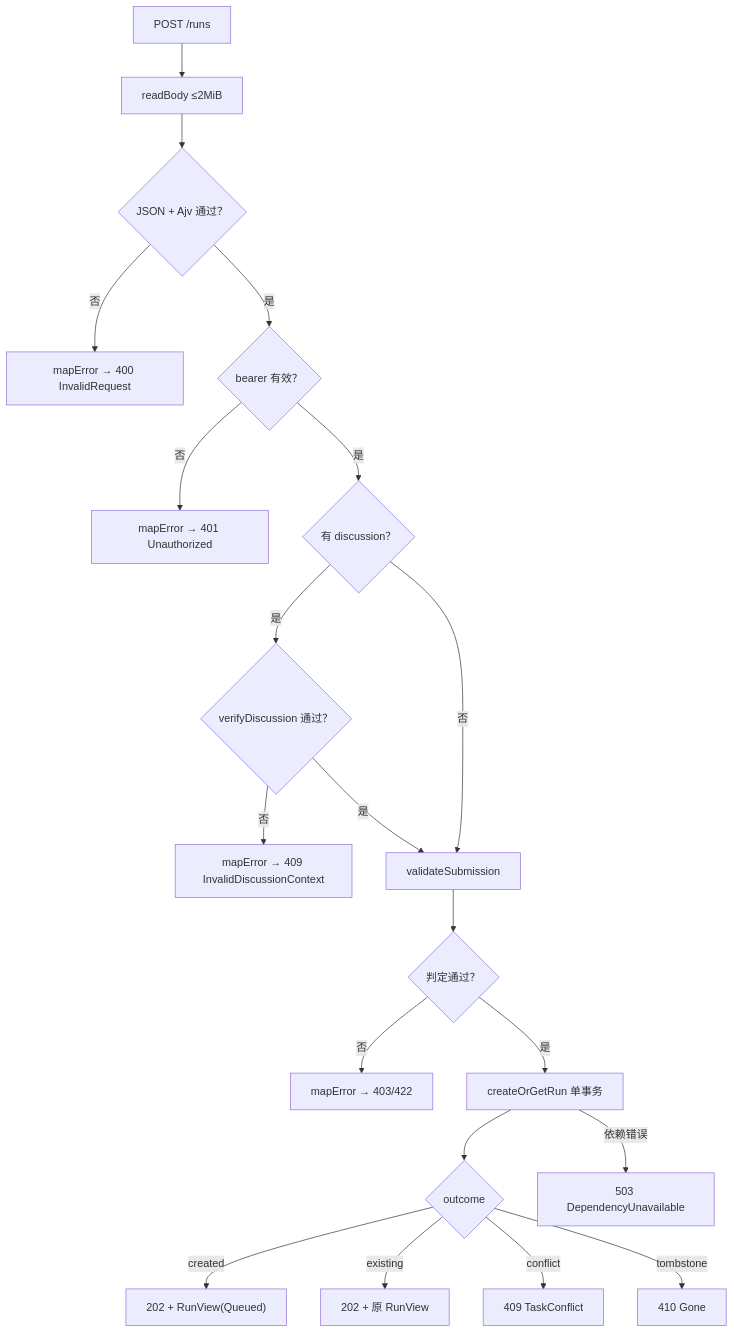
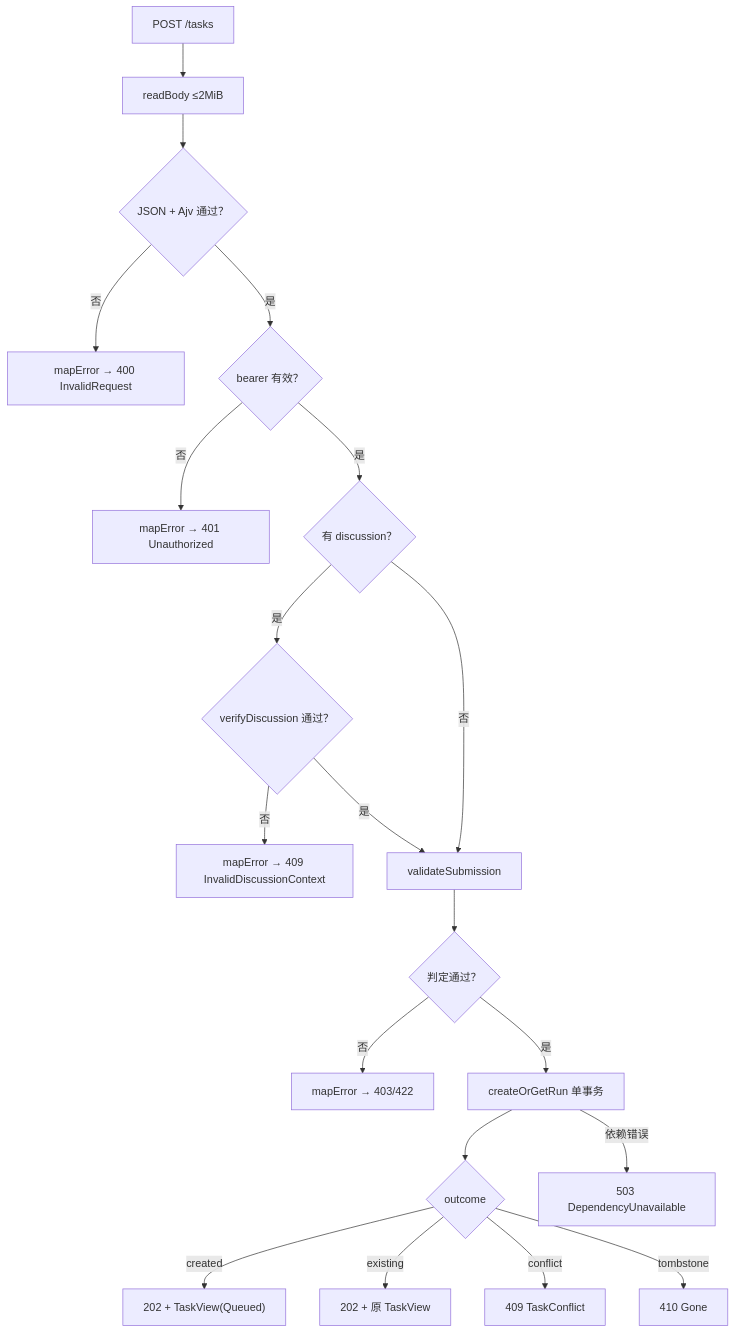
The third of 6 diagrams in docs/40_module_design/piko-task-api-design.md (corezilla/piko), drawn with Mermaid before and after one commit. The commit also changed other lines of this file and 86 other files, not shown here.

````diff
--- a/docs/40_module_design/piko-task-api-design.md
+++ b/docs/40_module_design/piko-task-api-design.md
@@ -456,22 +457,22 @@
 ```mermaid
 flowchart TD
-    A["POST /runs"] --> B["readBody ≤2MiB"]
+    A["POST /tasks"] --> B["readBody ≤2MiB"]
     B --> C{"JSON + Ajv 通过？"}
     C -->|否| E1["mapError → 400 InvalidRequest"]
     C -->|是| D{"bearer 有效？"}
     D -->|否| E2["mapError → 401 Unauthorized"]
     D -->|是| F{"有 discussion？"}
     F -->|是| G{"verifyDiscussion 通过？"}
     G -->|否| E3["mapError → 409 InvalidDiscussionContext"]
     G -->|是| H["validateSubmission"]
     F -->|否| H
     H --> I{"判定通过？"}
     I -->|否| E4["mapError → 403/422"]
     I -->|是| J["createOrGetRun 单事务"]
     J --> K{"outcome"}
-    K -->|created| L["202 + RunView(Queued)"]
-    K -->|existing| M["202 + 原 RunView"]
+    K -->|created| L["202 + TaskView(Queued)"]
+    K -->|existing| M["202 + 原 TaskView"]
     K -->|conflict| E5["409 TaskConflict"]
     K -->|tombstone| E6["410 Gone"]
     J -->|依赖错误| E7["503 DependencyUnavailable"]
 ```
````
